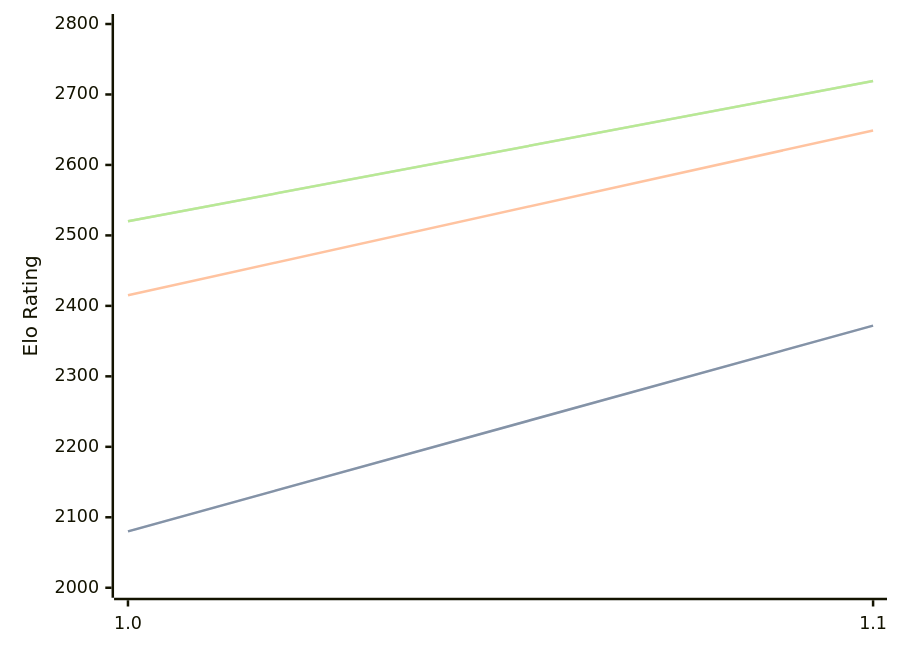
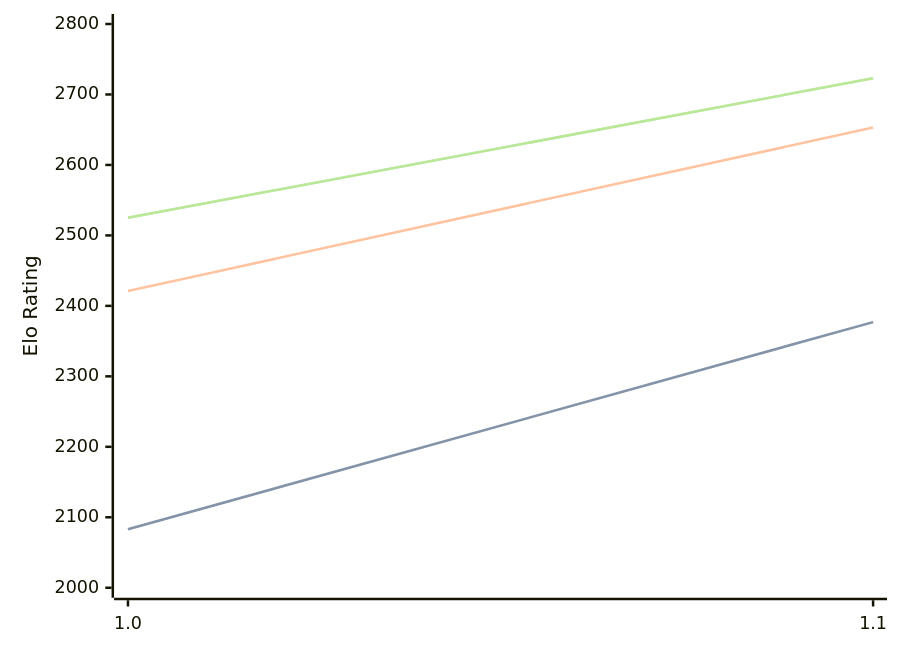
The diagram in engines/Erinn.md (computer-chess-index/cci), drawn with Mermaid before and after one commit. The commit also changed other lines of this file, not shown here.

Commit message:
Update CCI Ratings (ELO VLTC) - 2026-08-18

````diff
--- a/engines/Erinn.md
+++ b/engines/Erinn.md
@@ -32,11 +32,11 @@
 ```mermaid
 %%{init: {"theme":"base","themeVariables":{"seriesColors:['#a3a3a3','#222221','#faa371']}}}%%
 xychart-beta
   x-axis ["1.0", "1.1"]
   y-axis "Elo Rating" 2000 --> 2800
-  line "STC (8.0+0.08s)" [2080, 2372]
-  line "STC (8.0+0.08s)" [2080, 2372]
-  line "LTC (60.0+0.60s)" [2415, 2649]
-  line "VLTC (2m24s+1.12s)" [2520, 2719]
-  line "VLTC (2m24s+1.12s)" [2520, 2719]
+  line "STC (8.0+0.08s)" [2083, 2377]
+  line "STC (8.0+0.08s)" [2083, 2377]
+  line "LTC (60.0+0.60s)" [2421, 2653]
+  line "VLTC (2m24s+1.12s)" [2525, 2723]
+  line "VLTC (2m24s+1.12s)" [2525, 2723]
 ```
````
